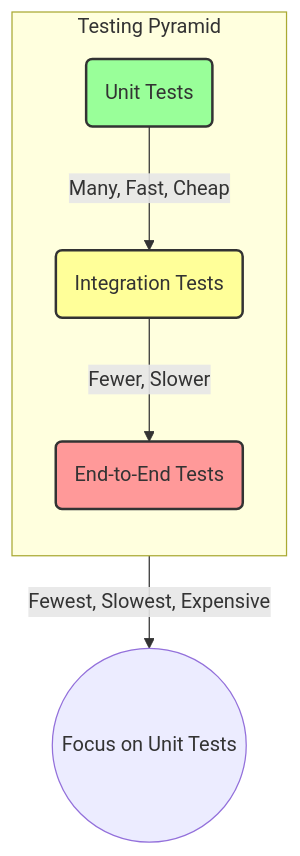
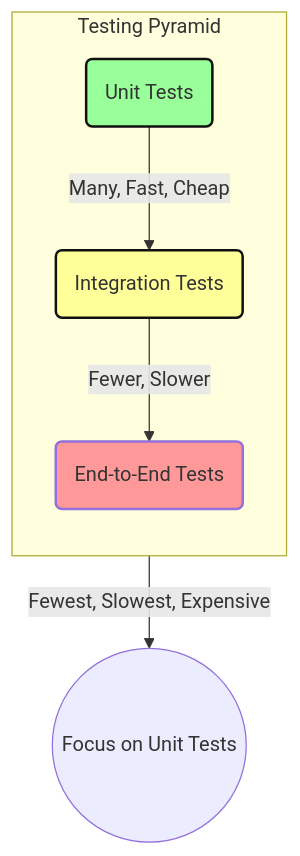
The second of 2 diagrams in _posts/2025-08-28-swe-field-guide.md (eltay89/eltay89.github.io), drawn with Mermaid before and after one commit.

````diff
--- a/_posts/2025-08-28-swe-field-guide.md
+++ b/_posts/2025-08-28-swe-field-guide.md
@@ -150,17 +150,17 @@
 ```mermaid
 graph TD
     subgraph Testing Pyramid
         direction TB
         E2E(End-to-End Tests);
         Integration(Integration Tests);
         Unit(Unit Tests);
     end
 
-    style Unit fill:#9f9,stroke:#333,stroke-width:2px
-    style Integration fill:#ff9,stroke:#333,stroke-width:2px
-    style E2E fill:#f99,stroke:#333,stroke-width:2px
+    style Unit fill:#9f9,stroke:#111,stroke-width:2px
+    style Integration fill:#ff9,stroke:#111,stroke-width:2px
+    style E2E fill:#f99,stroke:#11,stroke-width:2px
 
     Unit -- "Many, Fast, Cheap" --> Integration;
     Integration -- "Fewer, Slower" --> E2E;
     E2E -- "Fewest, Slowest, Expensive" --> Conclusion((Focus on Unit Tests));
 ```
````
